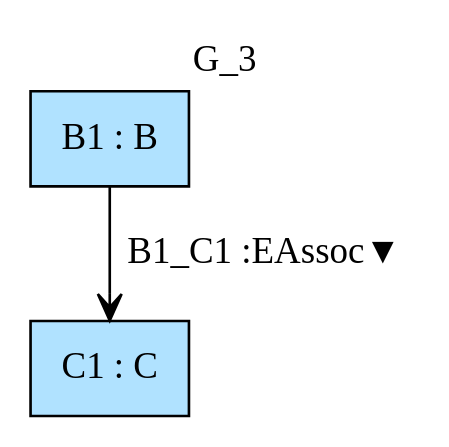
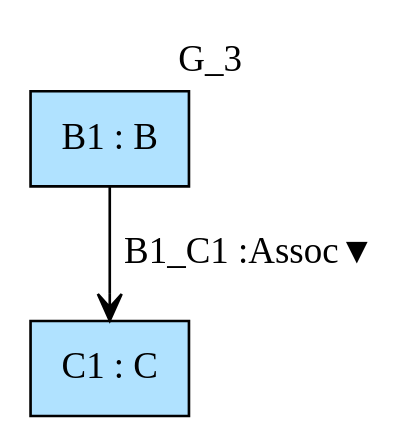
Before and after one commit to namalio/Fragmenta: the diagram in Haskell/FragmentaTests/SGTyTests/img/G_3.gv, drawn with Graphviz. The commit also changed 70 other files, not shown here.

```diff
--- a/Haskell/FragmentaTests/SGTyTests/img/G_3.gv
+++ b/Haskell/FragmentaTests/SGTyTests/img/G_3.gv
@@ -1,6 +1,6 @@
 digraph {graph[label=G_3,labelloc=tl,labelfontsize=12];
 "B1"[shape=box,fillcolor=lightskyblue1,style = filled,label="B1 : B"];
 "C1"[shape=box,fillcolor=lightskyblue1,style = filled,label="C1 : C"];
 
-"B1"->"C1"[label="B1_C1 :EAssoc▼",arrowhead=vee];
+"B1"->"C1"[label="B1_C1 :Assoc▼",arrowhead=vee];
 }
```
